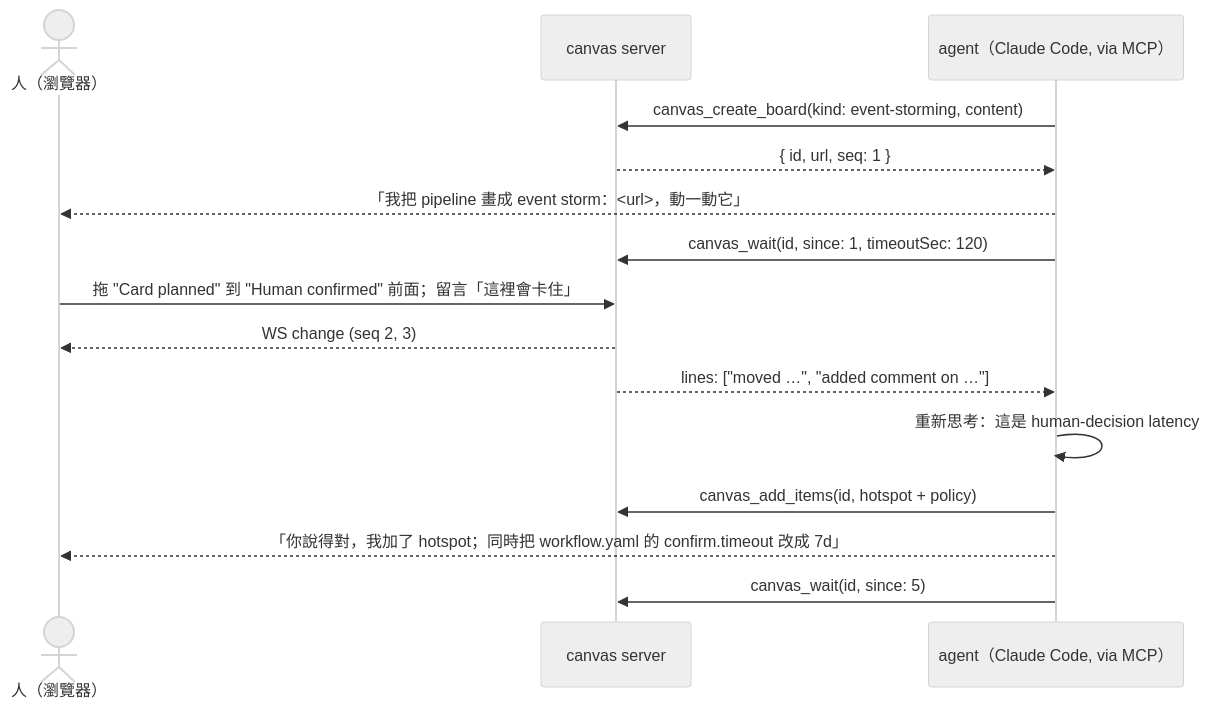
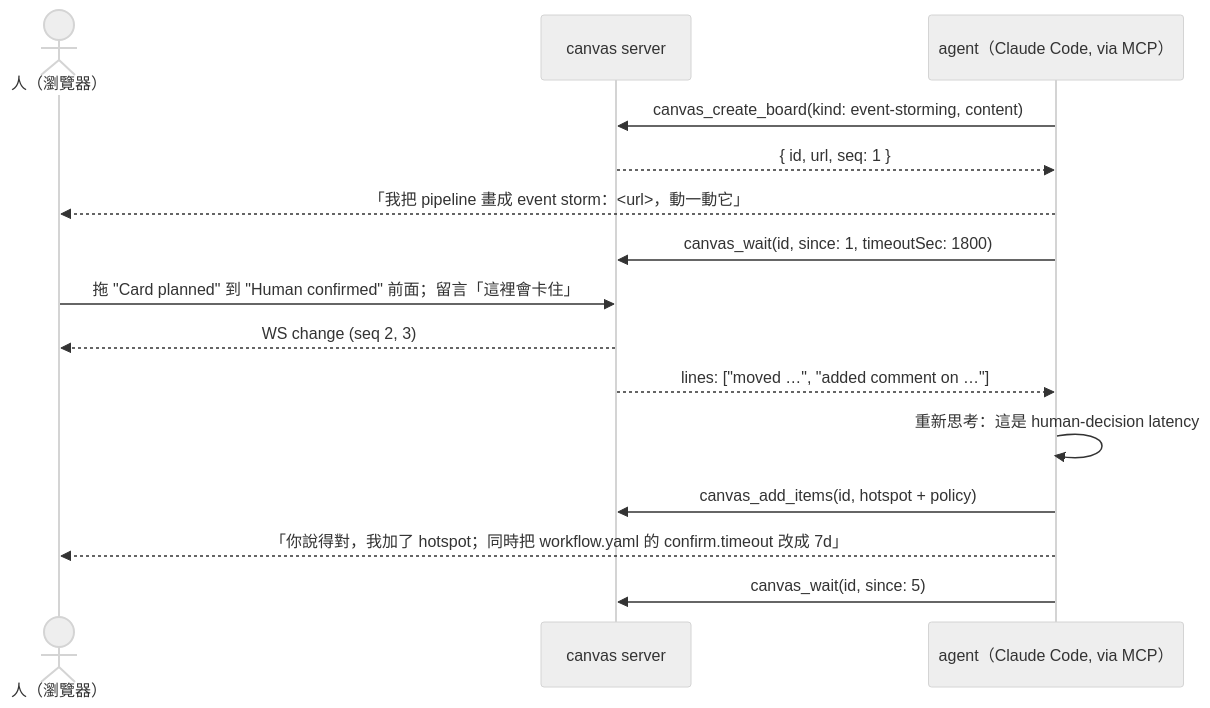
The fourth of 6 diagrams in docs/ARCHITECTURE.md (river0825/unprose), drawn with Mermaid (neutral theme) before and after one commit. The commit also changed 69 other files, not shown here.

````diff
--- a/docs/ARCHITECTURE.md
+++ b/docs/ARCHITECTURE.md
@@ -457,18 +457,18 @@
 ```mermaid
 sequenceDiagram
   actor U as 人（瀏覽器）
   participant B as canvas server
   participant A as agent（Claude Code, via MCP）
 
   A->>B: canvas_create_board(kind: event-storming, content)
   B-->>A: { id, url, seq: 1 }
   A-->>U: 「我把 pipeline 畫成 event storm：<url>，動一動它」
-  A->>B: canvas_wait(id, since: 1, timeoutSec: 120)
+  A->>B: canvas_wait(id, since: 1, timeoutSec: 1800)
   U->>B: 拖 "Card planned" 到 "Human confirmed" 前面；留言「這裡會卡住」
   B-->>U: WS change (seq 2, 3)
   B-->>A: lines: ["moved …", "added comment on …"]
   A->>A: 重新思考：這是 human-decision latency
   A->>B: canvas_add_items(id, hotspot + policy)
   A-->>U: 「你說得對，我加了 hotspot；同時把 workflow.yaml 的 confirm.timeout 改成 7d」
   A->>B: canvas_wait(id, since: 5)
 ```
````
